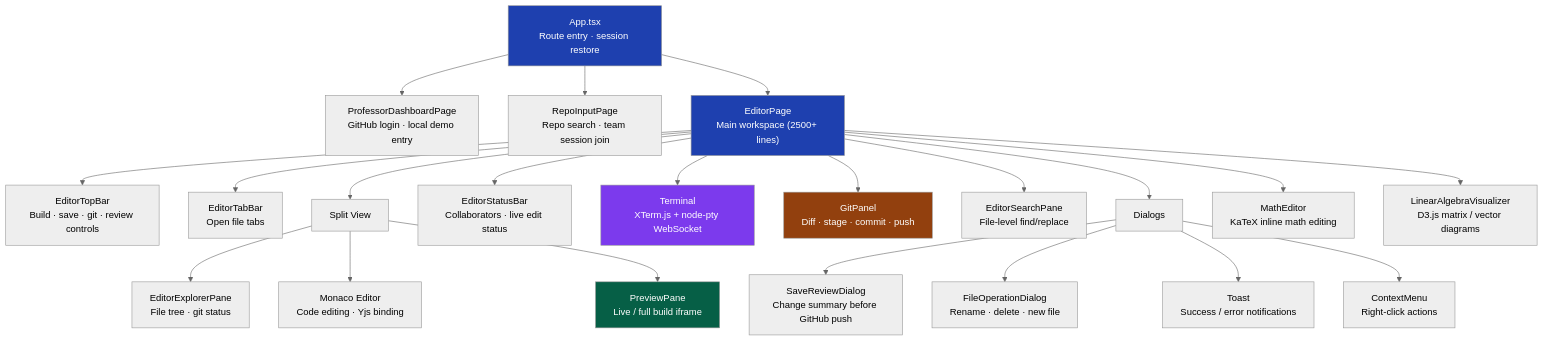
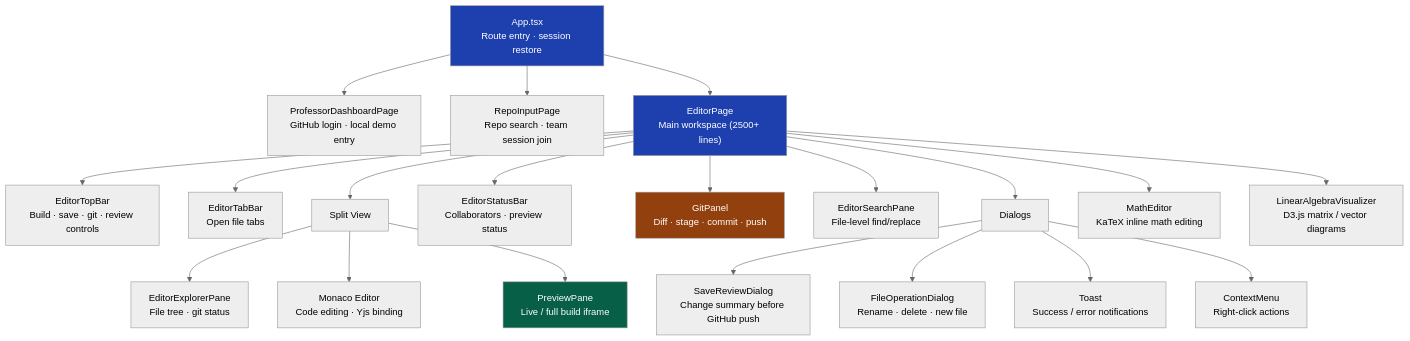
Before and after one commit to harsharajkumar-273/Proofdesk: the tenth of 10 diagrams in docs/system-design.md, drawn with Mermaid (neutral theme). The commit also changed other lines of this file and 39 other files, not shown here.

````diff
--- a/docs/system-design.md
+++ b/docs/system-design.md
@@ -386,36 +364,34 @@
 ```mermaid
 graph TD
     App["App.tsx\nRoute entry · session restore"]
 
     App --> PDP["ProfessorDashboardPage\nGitHub login · local demo entry"]
     App --> RIP["RepoInputPage\nRepo search · team session join"]
     App --> EP["EditorPage\nMain workspace (2500+ lines)"]
 
     EP --> TopBar["EditorTopBar\nBuild · save · git · review controls"]
     EP --> TabBar["EditorTabBar\nOpen file tabs"]
     EP --> Split["Split View"]
 
     Split --> Explorer["EditorExplorerPane\nFile tree · git status"]
     Split --> MonacoArea["Monaco Editor\nCode editing · Yjs binding"]
     Split --> PreviewPane["PreviewPane\nLive / full build iframe"]
 
-    EP --> StatusBar["EditorStatusBar\nCollaborators · live edit status"]
-    EP --> Terminal["Terminal\nXTerm.js + node-pty WebSocket"]
+    EP --> StatusBar["EditorStatusBar\nCollaborators · preview status"]
     EP --> GitPanel["GitPanel\nDiff · stage · commit · push"]
     EP --> SearchPane["EditorSearchPane\nFile-level find/replace"]
 
     EP --> Dialogs["Dialogs"]
     Dialogs --> SaveReview["SaveReviewDialog\nChange summary before GitHub push"]
     Dialogs --> FileOp["FileOperationDialog\nRename · delete · new file"]
     Dialogs --> Toast["Toast\nSuccess / error notifications"]
     Dialogs --> ContextMenu["ContextMenu\nRight-click actions"]
 
     EP --> MathEditor["MathEditor\nKaTeX inline math editing"]
     EP --> LAViz["LinearAlgebraVisualizer\nD3.js matrix / vector diagrams"]
 
     style App fill:#1e40af,color:#fff
     style EP fill:#1e40af,color:#fff
     style PreviewPane fill:#065f46,color:#fff
-    style Terminal fill:#7c3aed,color:#fff
     style GitPanel fill:#92400e,color:#fff
 ```
````
